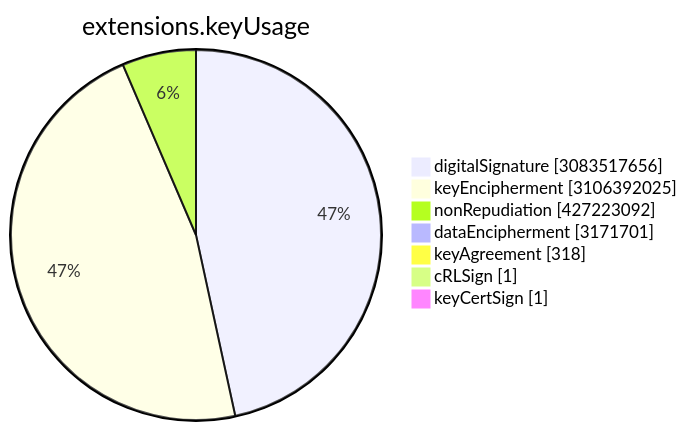
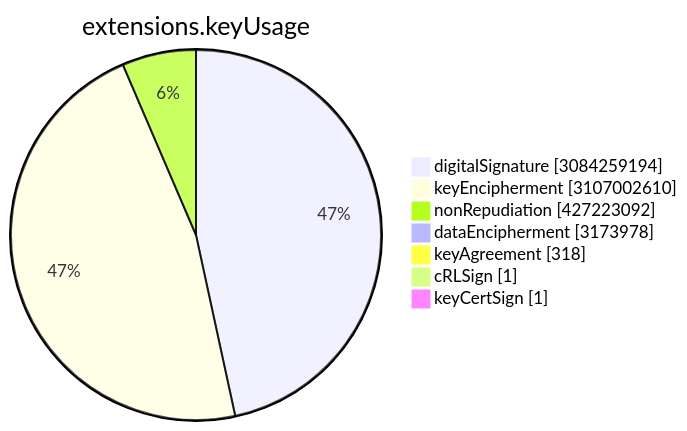
One commit to christiankrug/ctmonitor_visualization changed the sixth of 15 diagrams in TOTAL/README.md. Above: the diagram before and after it, drawn with Mermaid. The commit also changed other lines of this file, not shown here.

````diff
--- a/TOTAL/README.md
+++ b/TOTAL/README.md
@@ -3075,11 +3075,11 @@
 ```mermaid
 pie showData
 title extensions.keyUsage
-"digitalSignature" :3083517656
-"keyEncipherment" :3106392025
+"digitalSignature" :3084259194
+"keyEncipherment" :3107002610
 "nonRepudiation" :427223092
-"dataEncipherment" :3171701
+"dataEncipherment" :3173978
 "keyAgreement" :318
 "cRLSign" :1
 "keyCertSign" :1
 ```
````
